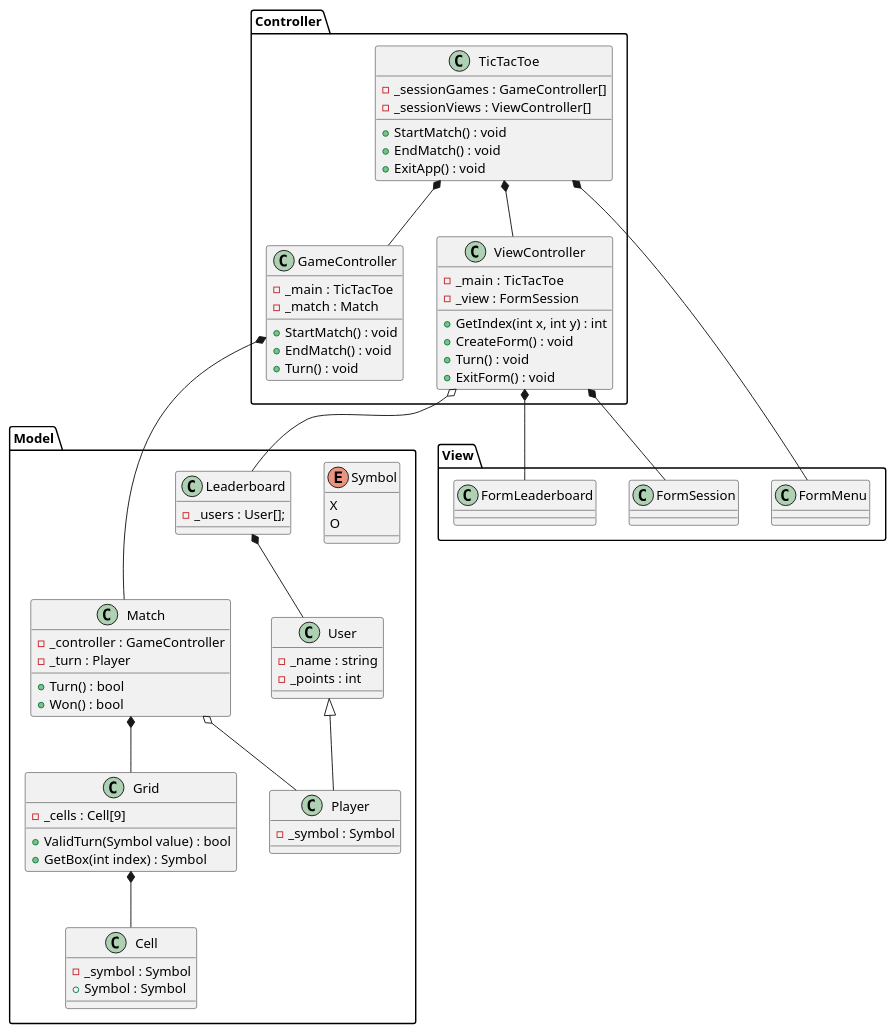
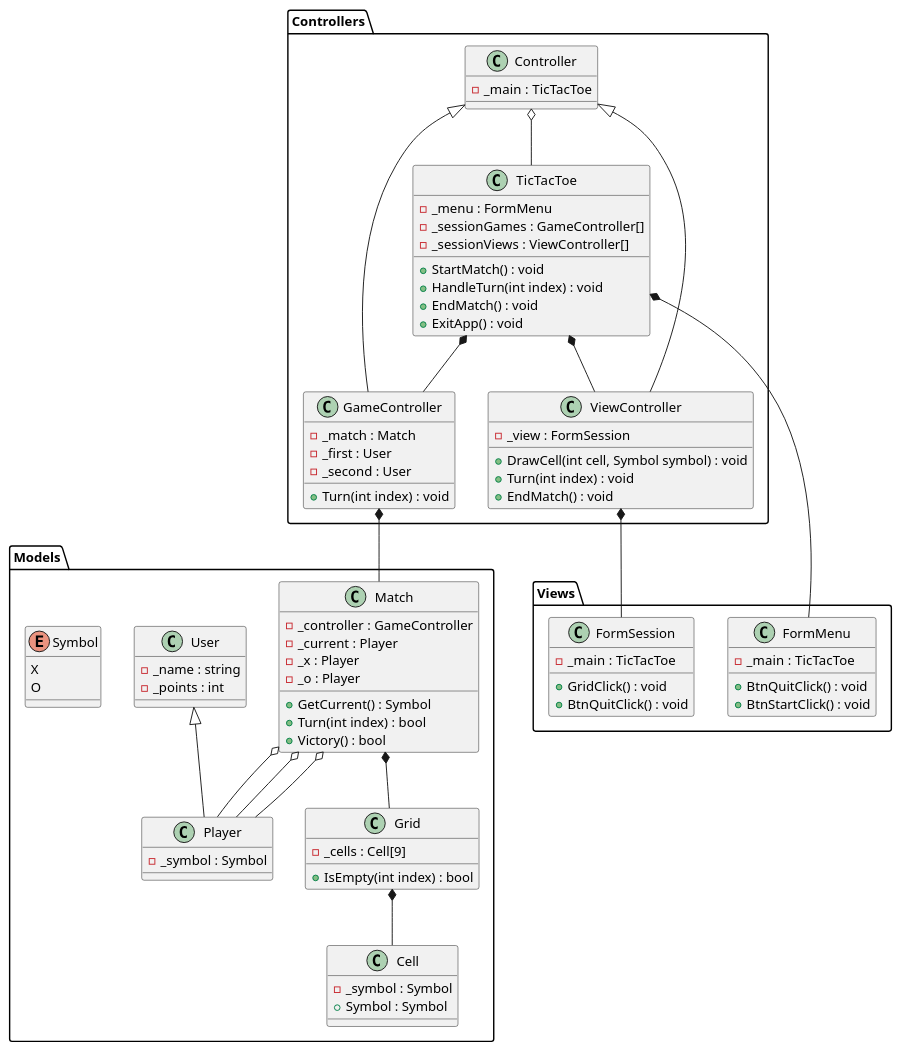
Before and after one commit to drkhapp-school/prog: the diagram in prog4/ateliers/tictactoe/Diagram.puml, drawn with PlantUML. The commit also changed 26 other files, not shown here.

```diff
--- a/prog4/ateliers/tictactoe/Diagram.puml
+++ b/prog4/ateliers/tictactoe/Diagram.puml
@@ -1,79 +1,87 @@
 @startuml
 
-package "Controller" {
+package "Controllers" {
     class TicTacToe{
+    - _menu : FormMenu
     - _sessionGames : GameController[]
     - _sessionViews : ViewController[]
     + StartMatch() : void
+    + HandleTurn(int index) : void
     + EndMatch() : void
     + ExitApp() : void
     }
-    class GameController{
+    class Controller {
     - _main : TicTacToe
+    }
+    class GameController extends Controller{
     - _match : Match
-    + StartMatch() : void
+    - _first : User
+    - _second : User
+    + Turn(int index) : void
+    }
+    class ViewController extends Controller{
+    - _view : FormSession
+    + DrawCell(int cell, Symbol symbol) : void
+    + Turn(int index) : void
     + EndMatch() : void
-    + Turn() : void
-    }
-    class ViewController{
-    - _main : TicTacToe
-    - _view : FormSession
-    + GetIndex(int x, int y) : int
-    + CreateForm() : void
-    + Turn() : void
-    + ExitForm() : void
     }
 }
 
-package "Model" {
+package "Models" {
     class Grid{
       - _cells : Cell[9]
-      + ValidTurn(Symbol value) : bool
-      + GetBox(int index) : Symbol
+      + IsEmpty(int index) : bool
     }
     class Cell {
      - _symbol : Symbol
      + Symbol : Symbol
     }
     class Match{
     - _controller : GameController
-    - _turn : Player
-    + Turn() : bool
-    + Won() : bool
+    - _current : Player
+    - _x : Player
+    - _o : Player
+    + GetCurrent() : Symbol
+    + Turn(int index) : bool
+    + Victory() : bool
     }
     class Player extends User {
     - _symbol : Symbol
     }
     enum Symbol{
     X 
     O
     }
     class User {
     - _name : string
     - _points : int
     }
-    class Leaderboard {
-    - _users : User[];
-    }
 }
 
-package "View" {
-    class "FormMenu" {}
-    class "FormSession" {}
-    class "FormLeaderboard" {}
+package "Views" {
+    class "FormMenu" {
+    - _main : TicTacToe
+    + BtnQuitClick() : void
+    + BtnStartClick() : void
+    }
+    class "FormSession" {
+    - _main : TicTacToe
+    + GridClick() : void
+    + BtnQuitClick() : void
+    }
 }
 
 TicTacToe *-- GameController
 TicTacToe *-- ViewController
+TicTacToe  *--  FormMenu
 
+Match *-- Grid 
 Grid  *--  Cell
 GameController *-- Match
 ViewController  *--  FormSession
-ViewController  *--  FormLeaderboard
-TicTacToe  *--  FormMenu
-ViewController o-- Leaderboard
-Leaderboard *-- User
-Match *-- Grid 
-Match  o--  Player
+Controller o-- TicTacToe
+Match o-- Player
+Match o-- Player
+Match o-- Player
 
 @enduml
```
